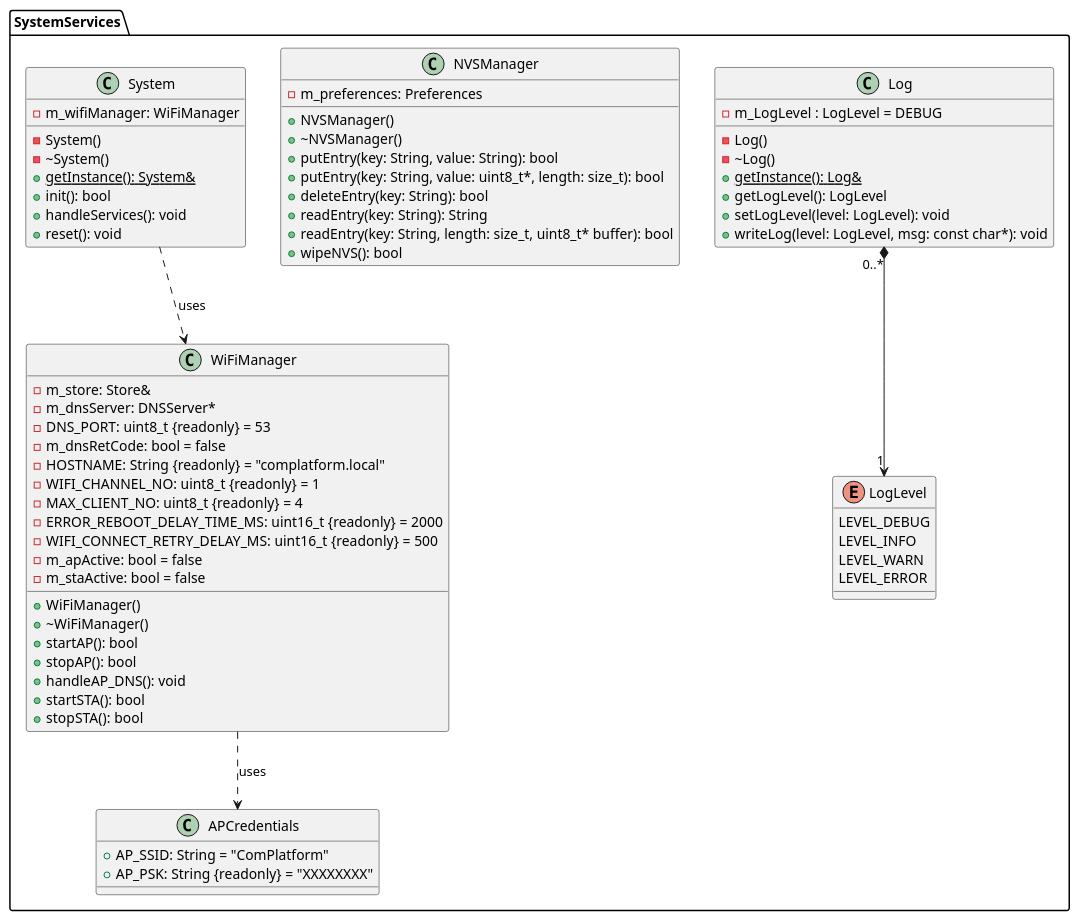
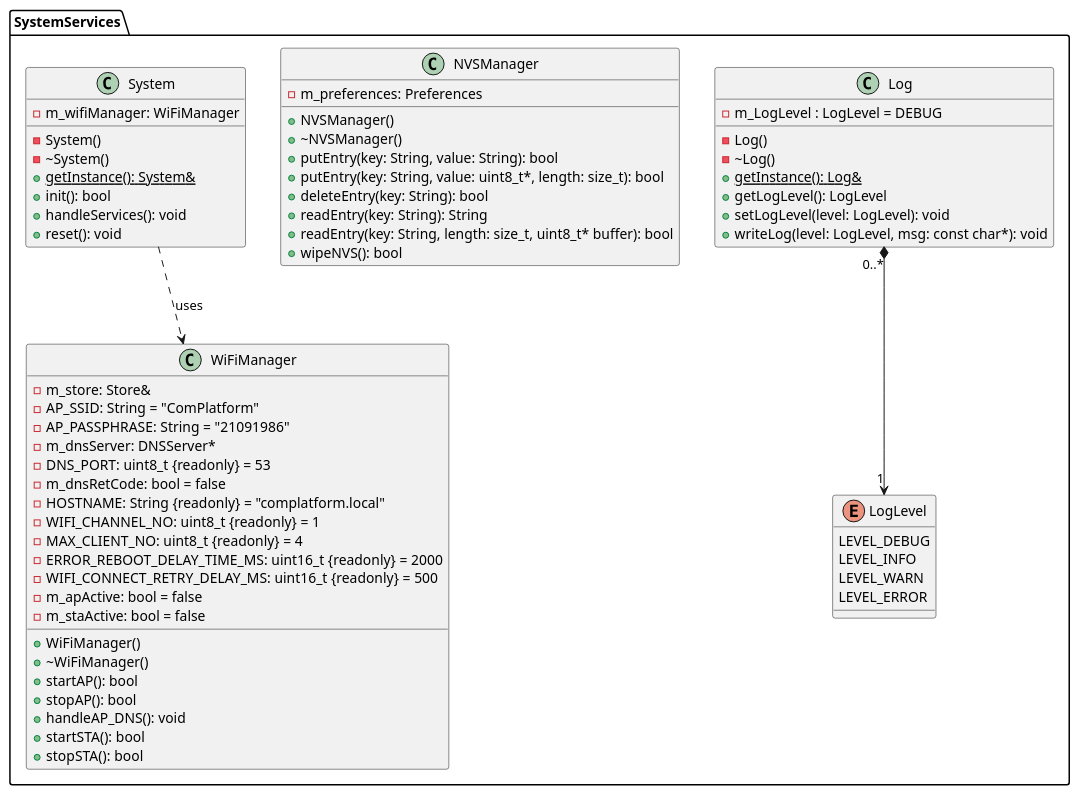
One commit to NewTec-GmbH/ZumoComSystem changed the diagram in doc/design/server/ClassDiagrams/05_SystemServices.plantuml. Above: the diagram before and after it, drawn with PlantUML. The commit also changed 3 other files, not shown here.

Commit message:
Move SSID and passphrase into WiFiManager class

```diff
--- a/doc/design/server/ClassDiagrams/05_SystemServices.plantuml
+++ b/doc/design/server/ClassDiagrams/05_SystemServices.plantuml
@@ -1,79 +1,74 @@
 @startuml
 package SystemServices {
     enum LogLevel
     {
         LEVEL_DEBUG
         LEVEL_INFO
         LEVEL_WARN
         LEVEL_ERROR
     }
 
     class Log
     {
         - m_LogLevel : LogLevel = DEBUG
 
         - Log()
         - ~Log()
         {static} + getInstance(): Log&
         + getLogLevel(): LogLevel
         + setLogLevel(level: LogLevel): void
         + writeLog(level: LogLevel, msg: const char*): void
     }
     Log "0..*" *--> "1" LogLevel
 
     class NVSManager
     {
         - m_preferences: Preferences
 
         + NVSManager()
         + ~NVSManager()
         + putEntry(key: String, value: String): bool
         + putEntry(key: String, value: uint8_t*, length: size_t): bool
         + deleteEntry(key: String): bool
         + readEntry(key: String): String
         + readEntry(key: String, length: size_t, uint8_t* buffer): bool
         + wipeNVS(): bool
     }
 
-    class APCredentials
-    {
-        + AP_SSID: String = "ComPlatform"
-        + AP_PSK: String {readonly} = "XXXXXXXX"
-    }
-
     class WiFiManager
     {
         - m_store: Store&
+        - AP_SSID: String = "ComPlatform"
+        - AP_PASSPHRASE: String = "21091986"
         - m_dnsServer: DNSServer*
         - DNS_PORT: uint8_t {readonly} = 53
         - m_dnsRetCode: bool = false
         - HOSTNAME: String {readonly} = "complatform.local"
         - WIFI_CHANNEL_NO: uint8_t {readonly} = 1
         - MAX_CLIENT_NO: uint8_t {readonly} = 4
         - ERROR_REBOOT_DELAY_TIME_MS: uint16_t {readonly} = 2000
         - WIFI_CONNECT_RETRY_DELAY_MS: uint16_t {readonly} = 500
         - m_apActive: bool = false
         - m_staActive: bool = false
         + WiFiManager()
         + ~WiFiManager()
         + startAP(): bool
         + stopAP(): bool
         + handleAP_DNS(): void
         + startSTA(): bool
         + stopSTA(): bool
     }
-    WiFiManager ..> APCredentials : uses
 
     class System
     {
         - m_wifiManager: WiFiManager
         - System()
         - ~System()
         + {static} getInstance(): System&
         + init(): bool
         + handleServices(): void
         + reset(): void
     }
     System ..> WiFiManager : uses
 }
 @enduml
```
